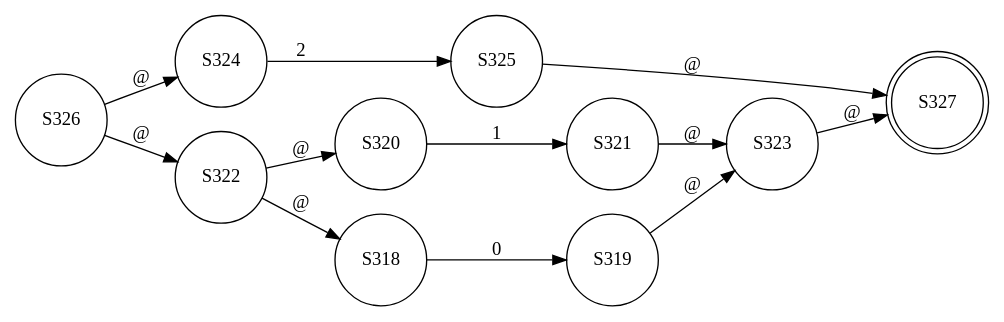
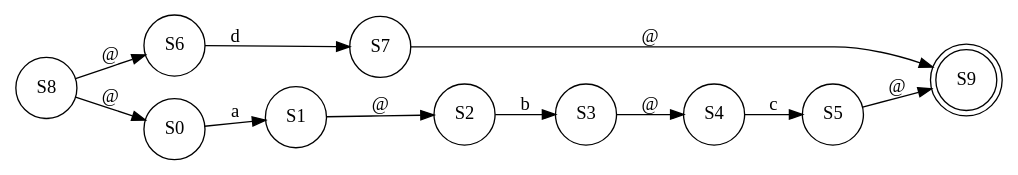
One commit to abdelazizSalah/RegExp_NFA_DFA_DFAMinimization changed the diagram in finalCode/test-output/round-table.gv. Above: the diagram before and after it, drawn with Graphviz. The commit also changed 3 other files, not shown here.

```diff
--- a/finalCode/test-output/round-table.gv
+++ b/finalCode/test-output/round-table.gv
@@ -1,25 +1,24 @@
 // NFA graph
 digraph {
 	graph [rankdir=LR]
-	S324 [label=S324 shape=circle]
-	S324 -> S325 [label=2]
-	S325 [label=S325 shape=circle]
-	S325 -> S327 [label="@"]
-	S320 [label=S320 shape=circle]
-	S320 -> S321 [label=1]
-	S321 [label=S321 shape=circle]
-	S321 -> S323 [label="@"]
-	S318 [label=S318 shape=circle]
-	S318 -> S319 [label=0]
-	S319 [label=S319 shape=circle]
-	S319 -> S323 [label="@"]
-	S322 [label=S322 shape=circle]
-	S322 -> S320 [label="@"]
-	S322 -> S318 [label="@"]
-	S323 [label=S323 shape=circle]
-	S323 -> S327 [label="@"]
-	S326 [label=S326 shape=circle]
-	S326 -> S324 [label="@"]
-	S326 -> S322 [label="@"]
-	S327 [label=S327 shape=doublecircle]
+	S6 [label=S6 shape=circle]
+	S6 -> S7 [label=d]
+	S7 [label=S7 shape=circle]
+	S7 -> S9 [label="@"]
+	S0 [label=S0 shape=circle]
+	S0 -> S1 [label=a]
+	S1 [label=S1 shape=circle]
+	S1 -> S2 [label="@"]
+	S2 [label=S2 shape=circle]
+	S2 -> S3 [label=b]
+	S3 [label=S3 shape=circle]
+	S3 -> S4 [label="@"]
+	S4 [label=S4 shape=circle]
+	S4 -> S5 [label=c]
+	S5 [label=S5 shape=circle]
+	S5 -> S9 [label="@"]
+	S8 [label=S8 shape=circle]
+	S8 -> S6 [label="@"]
+	S8 -> S0 [label="@"]
+	S9 [label=S9 shape=doublecircle]
 }
```
